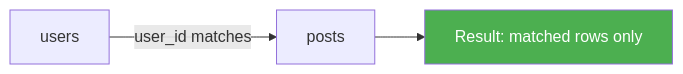
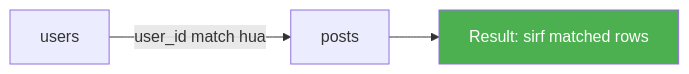
The first of 3 diagrams in database-notes/sql/06-joins.md (Siddesh-Pansare93/dev-notes), drawn with Mermaid before and after one commit. The commit also changed other lines of this file and 248 other files, not shown here.

````diff
--- a/database-notes/sql/06-joins.md
+++ b/database-notes/sql/06-joins.md
@@ -81,6 +83,6 @@
 ```mermaid
 graph LR
-    A[users] -->|user_id matches| B[posts]
-    B --> C[Result: matched rows only]
+    A[users] -->|user_id match hua| B[posts]
+    B --> C[Result: sirf matched rows]
     style C fill:#4CAF50,color:#fff
 ```
````
